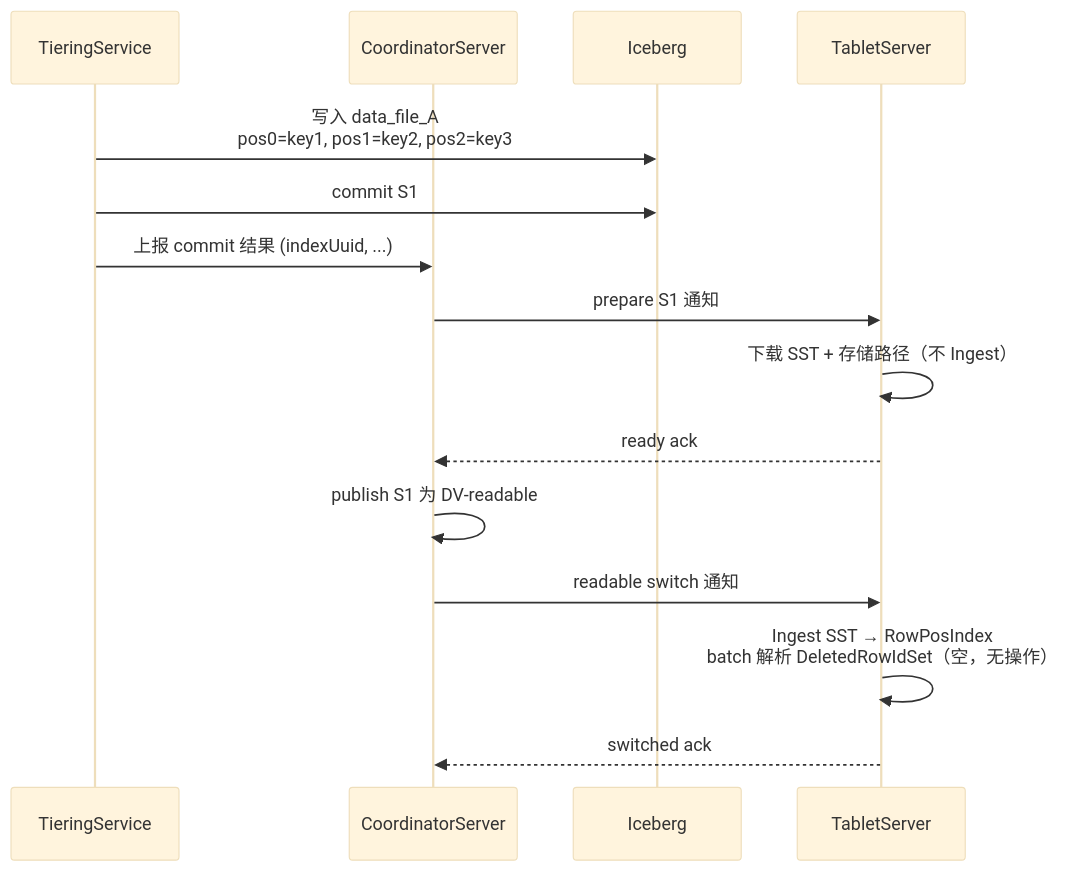
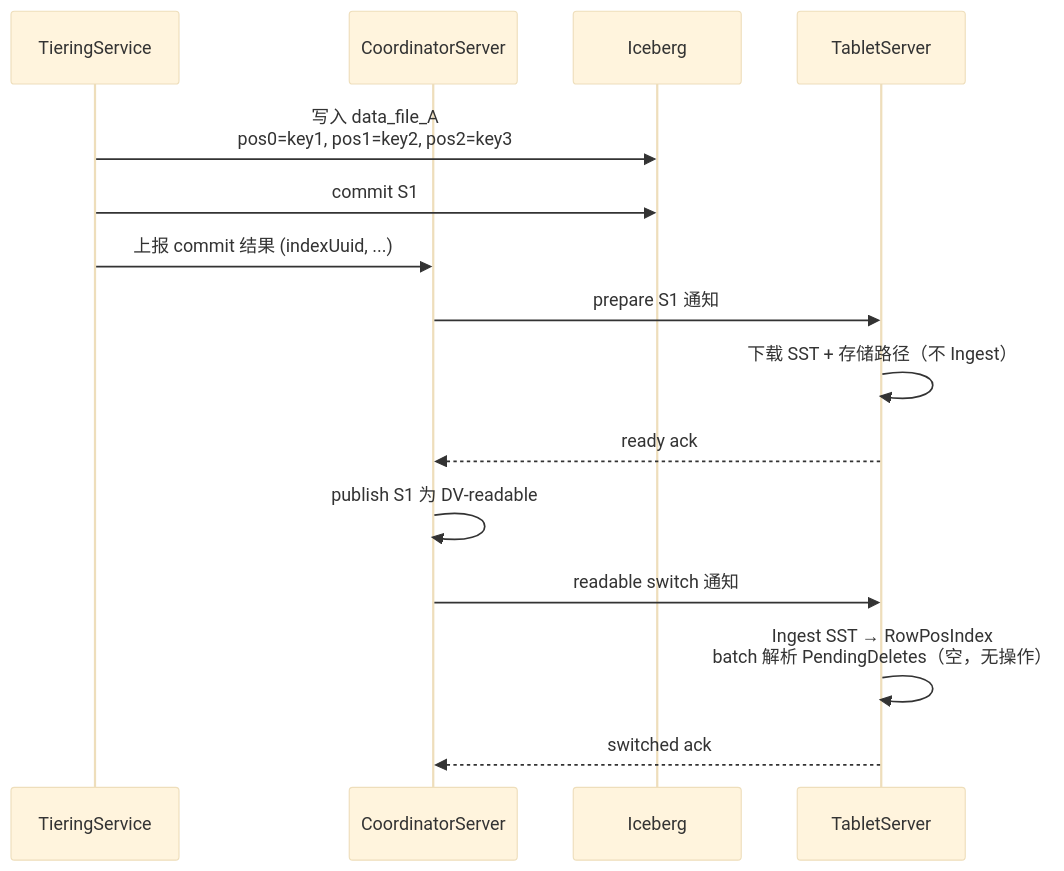
Diagram 25 of 28 in design-doc/fluss-deletion-vector-overview-v2.md (luoyuxia/fluss), drawn with Mermaid (base theme) before and after one commit. The commit also changed other lines of this file and 1 other file, not shown here.

````diff
--- a/design-doc/fluss-deletion-vector-overview-v2.md
+++ b/design-doc/fluss-deletion-vector-overview-v2.md
@@ -675,20 +673,20 @@
 ```mermaid
 sequenceDiagram
     participant TS as TieringService
     participant CS as CoordinatorServer
     participant Ice as Iceberg
     participant Tab as TabletServer
 
     TS->>Ice: 写入 data_file_A<br/>pos0=key1, pos1=key2, pos2=key3
     TS->>Ice: commit S1
     TS->>CS: 上报 commit 结果 (indexUuid, ...)
 
     CS->>Tab: prepare S1 通知
     Tab->>Tab: 下载 SST + 存储路径（不 Ingest）
     Tab-->>CS: ready ack
 
     CS->>CS: publish S1 为 DV-readable
     CS->>Tab: readable switch 通知
-    Tab->>Tab: Ingest SST → RowPosIndex<br/>batch 解析 DeletedRowIdSet（空，无操作）
+    Tab->>Tab: Ingest SST → RowPosIndex<br/>batch 解析 PendingDeletes（空，无操作）
     Tab-->>CS: switched ack
 ```
````
